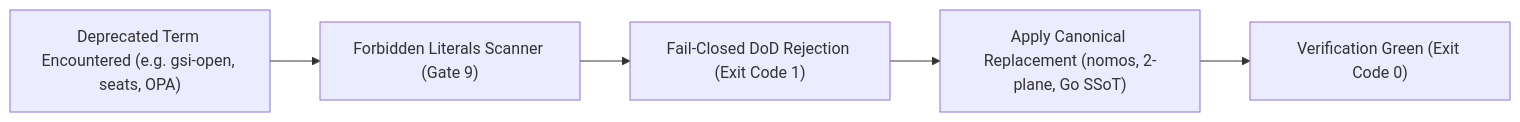
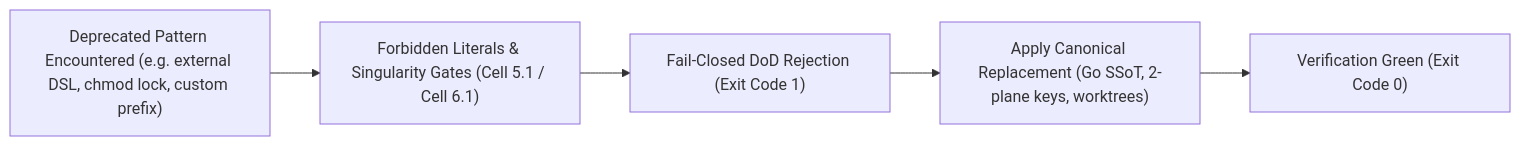
The diagram in substrate/src/nomos/modules/handshake/directives/edit_01_deprecated_terms.md (mgantlett/nomos), drawn with Mermaid before and after one commit. The commit also changed other lines of this file and 41 other files, not shown here.

````diff
--- a/substrate/src/nomos/modules/handshake/directives/edit_01_deprecated_terms.md
+++ b/substrate/src/nomos/modules/handshake/directives/edit_01_deprecated_terms.md
@@ -28,7 +28,7 @@
 ```mermaid
 graph LR
-    Deprecated["Deprecated Term Encountered (e.g. gsi-open, seats, OPA)"] --> Scanner["Forbidden Literals Scanner (Gate 9)"]
+    Deprecated["Deprecated Pattern Encountered (e.g. external DSL, chmod lock, custom prefix)"] --> Scanner["Forbidden Literals & Singularity Gates (Cell 5.1 / Cell 6.1)"]
     Scanner --> Reject["Fail-Closed DoD Rejection (Exit Code 1)"]
-    Reject --> Replace["Apply Canonical Replacement (nomos, 2-plane, Go SSoT)"]
+    Reject --> Replace["Apply Canonical Replacement (Go SSoT, 2-plane keys, worktrees)"]
     Replace --> Pass["Verification Green (Exit Code 0)"]
 ```
````
